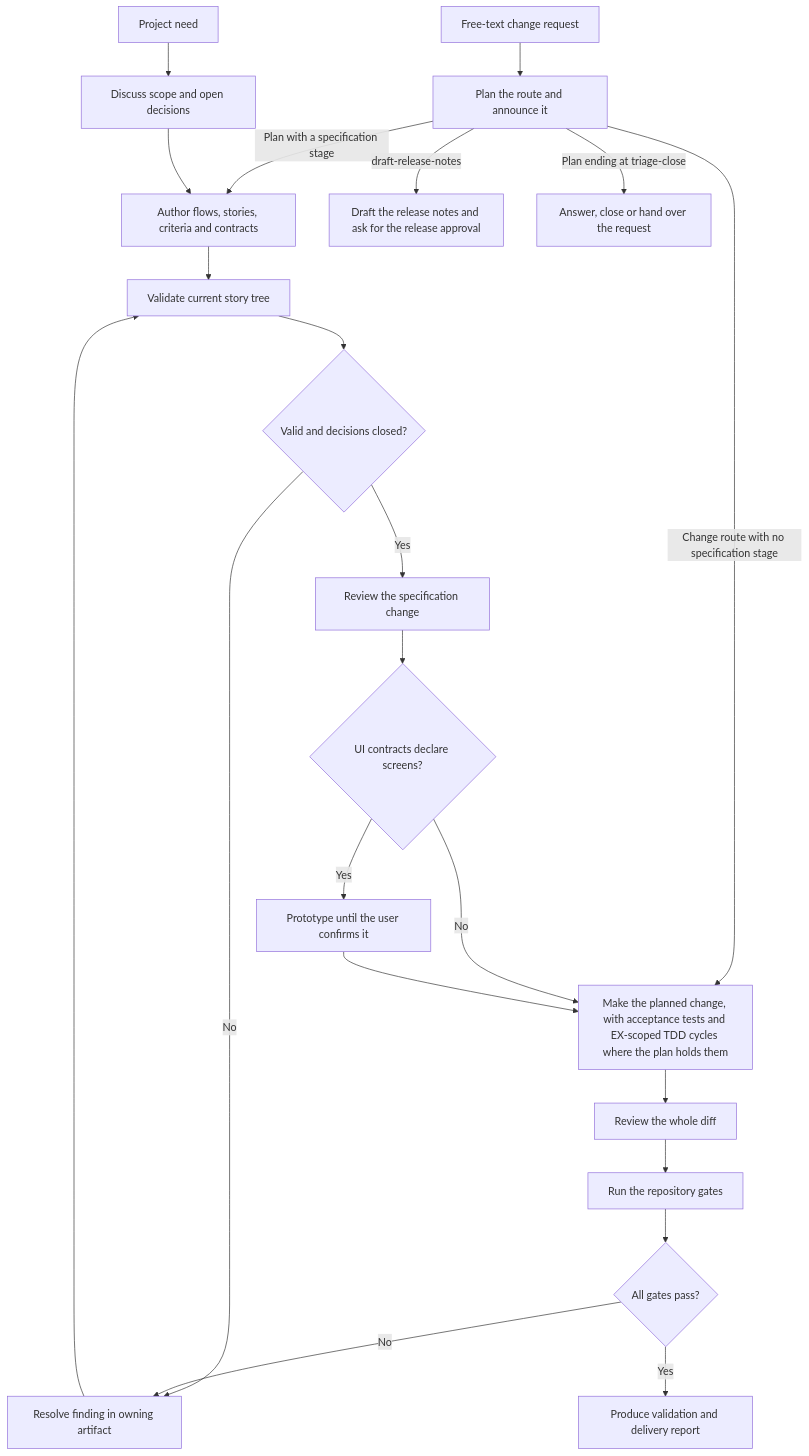
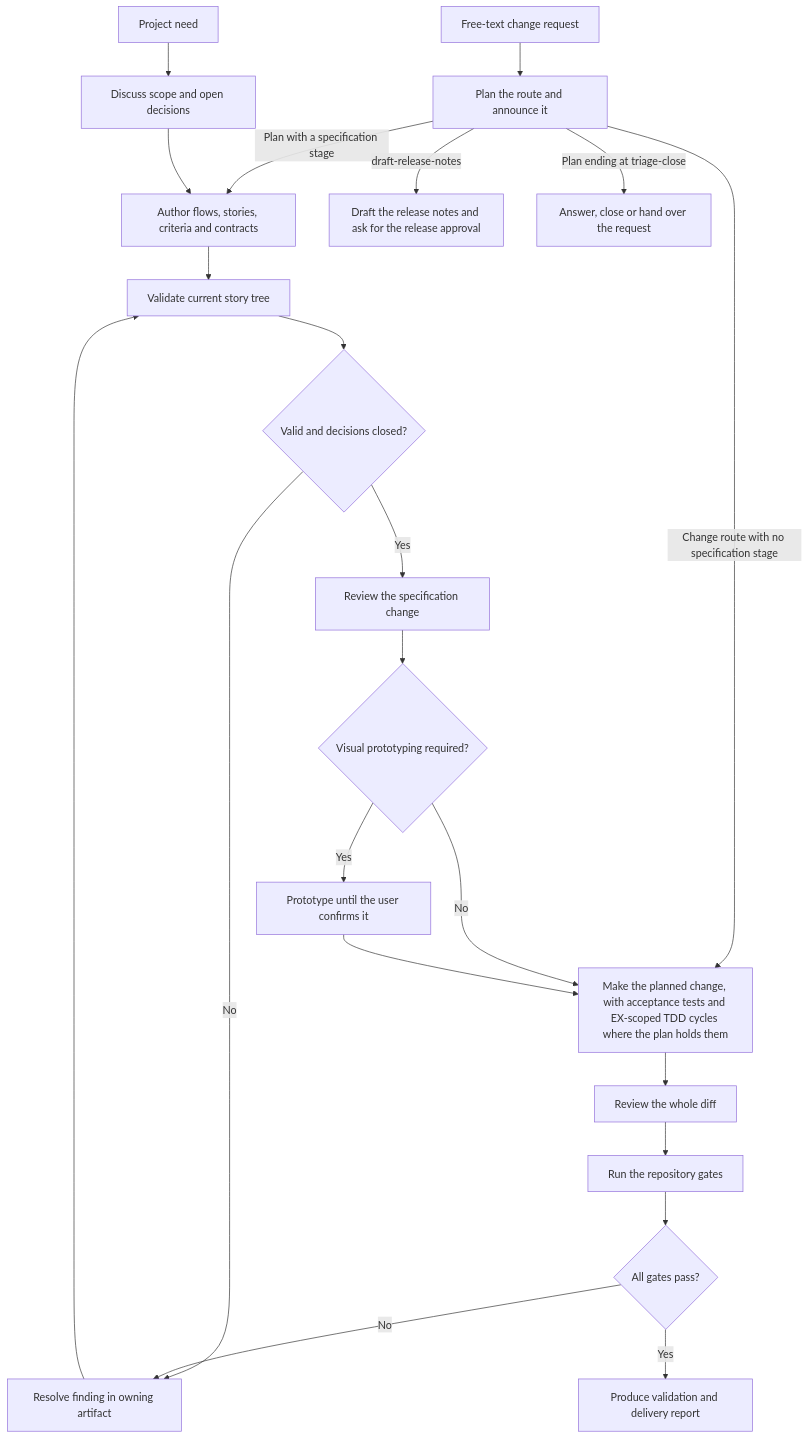
Before and after one commit to aganesy/QFAI: the diagram in .qfai/spec/02_business-flow/business-flow-0001/business-flow.md, drawn with Mermaid. The commit also changed other lines of this file and 19 other files, not shown here.

Commit message:
docs(spec): define graph exploration and worktree reuse

````diff
--- a/.qfai/spec/02_business-flow/business-flow-0001/business-flow.md
+++ b/.qfai/spec/02_business-flow/business-flow-0001/business-flow.md
@@ -12,24 +12,24 @@
 ```mermaid
 flowchart TD
   Need[Project need] --> Discuss[Discuss scope and open decisions]
   Request[Free-text change request] --> Route[Plan the route and announce it]
   Route -->|Plan with a specification stage| SDD
   Route -->|Change route with no specification stage| Implement
   Route -->|draft-release-notes| Notes[Draft the release notes and ask for the release approval]
   Route -->|Plan ending at triage-close| Close[Answer, close or hand over the request]
   Discuss --> SDD[Author flows, stories, criteria and contracts]
   SDD --> Validate[Validate current story tree]
   Validate --> Ready{Valid and decisions closed?}
   Ready -->|No| Repair[Resolve finding in owning artifact]
   Repair --> Validate
   Ready -->|Yes| SpecReview[Review the specification change]
-  SpecReview --> UI{UI contracts declare screens?}
+  SpecReview --> UI{Visual prototyping required?}
   UI -->|Yes| Prototype[Prototype until the user confirms it]
   UI -->|No| Implement[Make the planned change, with acceptance tests and EX-scoped TDD cycles where the plan holds them]
   Prototype --> Implement
   Implement --> CodeReview[Review the whole diff]
   CodeReview --> Verify[Run the repository gates]
   Verify --> Gate{All gates pass?}
   Gate -->|No| Repair
   Gate -->|Yes| Report[Produce validation and delivery report]
 ```
````
